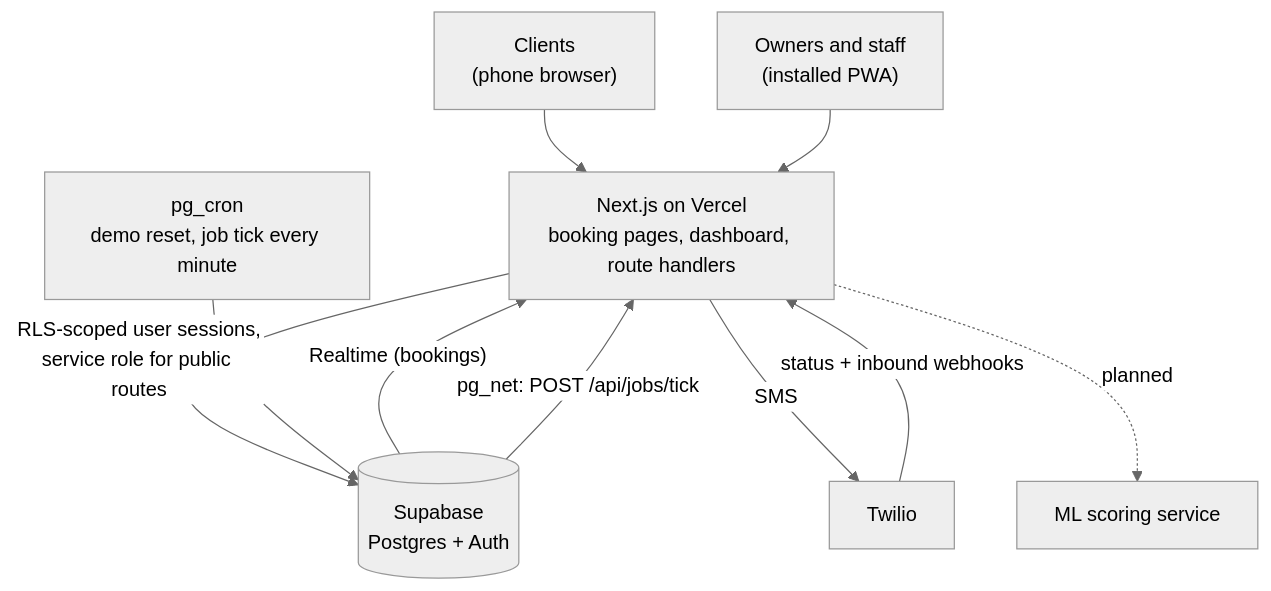
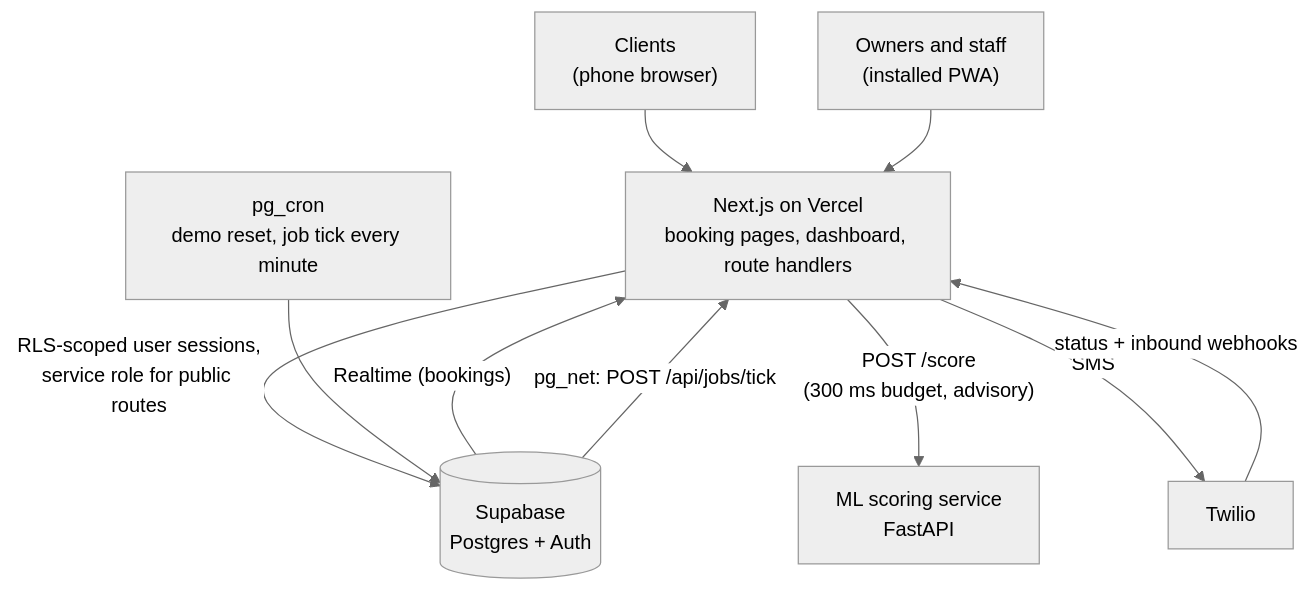
One commit to ousmanebarry/fullcut changed the first of 2 diagrams in README.md. Above: the diagram before and after it, drawn with Mermaid (neutral theme). The commit also changed other lines of this file and 2 other files, not shown here.

````diff
--- a/README.md
+++ b/README.md
@@ -136,13 +80,13 @@
 ```mermaid
 flowchart TD
     client["Clients<br/>(phone browser)"] --> web
     owner["Owners and staff<br/>(installed PWA)"] --> web
     web["Next.js on Vercel<br/>booking pages, dashboard, route handlers"]
     web -->|"RLS-scoped user sessions,<br/>service role for public routes"| db[("Supabase<br/>Postgres + Auth")]
     db -->|"Realtime (bookings)"| web
     cron["pg_cron<br/>demo reset, job tick every minute"] --> db
     db -->|"pg_net: POST /api/jobs/tick"| web
+    web -->|"POST /score<br/>(300 ms budget, advisory)"| ml["ML scoring service<br/>FastAPI"]
     web -->|"SMS"| twilio["Twilio"]
     twilio -->|"status + inbound webhooks"| web
-    web -.->|planned| ml["ML scoring service"]
 ```
````
